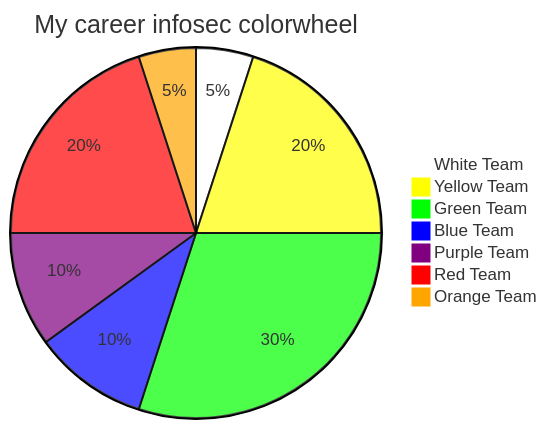
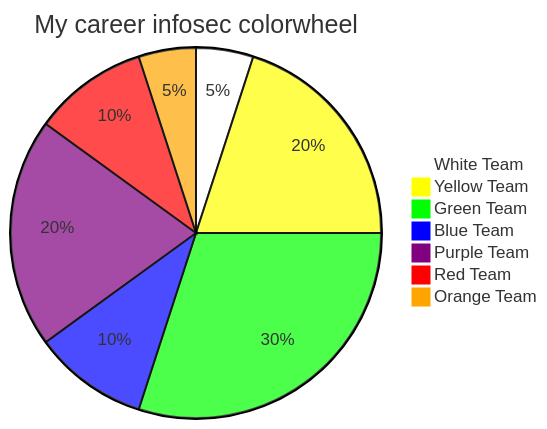
Before and after one commit to felickz/felickz: the diagram in README.md, drawn with Mermaid.

Commit message:
More purple, less red

````diff
--- a/README.md
+++ b/README.md
@@ -4,13 +4,13 @@
 ```mermaid
 %%{init: {'theme': 'base', 'themeVariables': { 'pie1': '#FFFFFF', 'pie2': '#FFFF00', 'pie3': '#00FF00', 'pie4': '#0000FF', 'pie5': '#800080', 'pie6': '#ff0000', 'pie7': '#FFA500'}}}%%
 pie
   title My career infosec colorwheel
   "White Team" : 5
   "Yellow Team" : 20
   "Green Team" : 30
   "Blue Team" : 10
-  "Purple Team" : 10
-  "Red Team" : 20
+  "Purple Team" : 20
+  "Red Team" : 10
   "Orange Team" : 5
   
 ```
````
